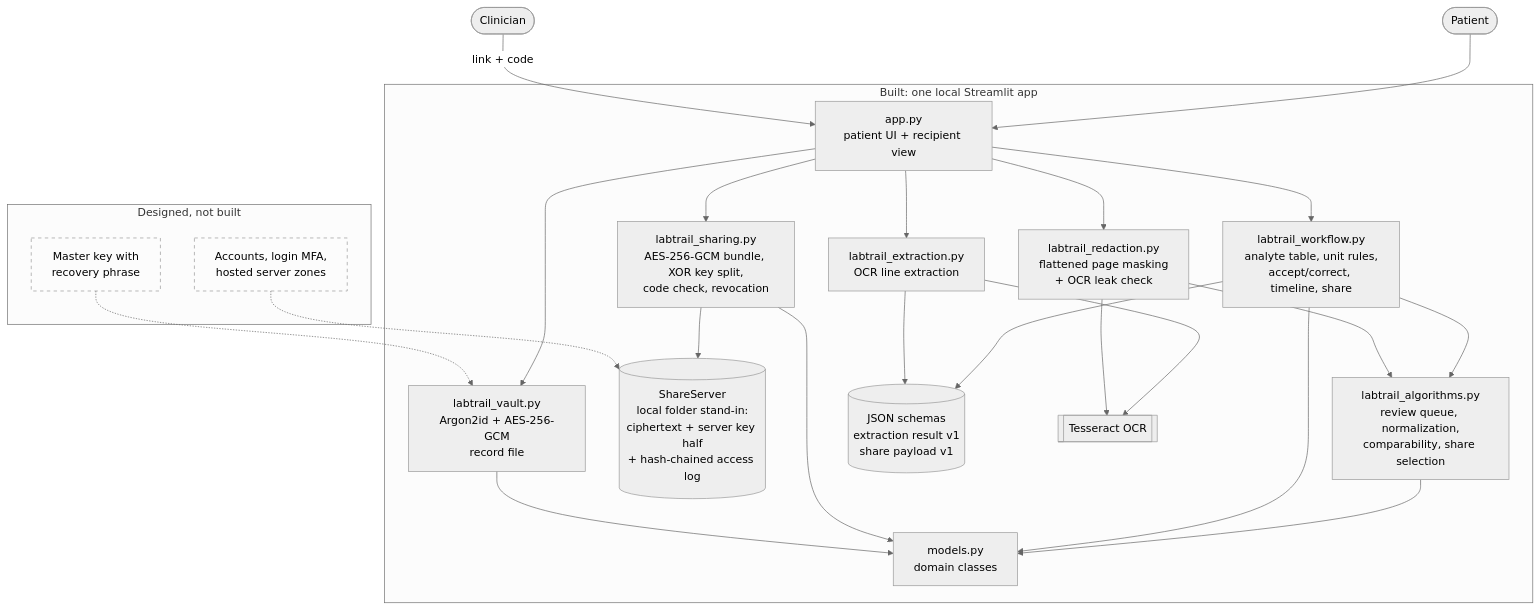
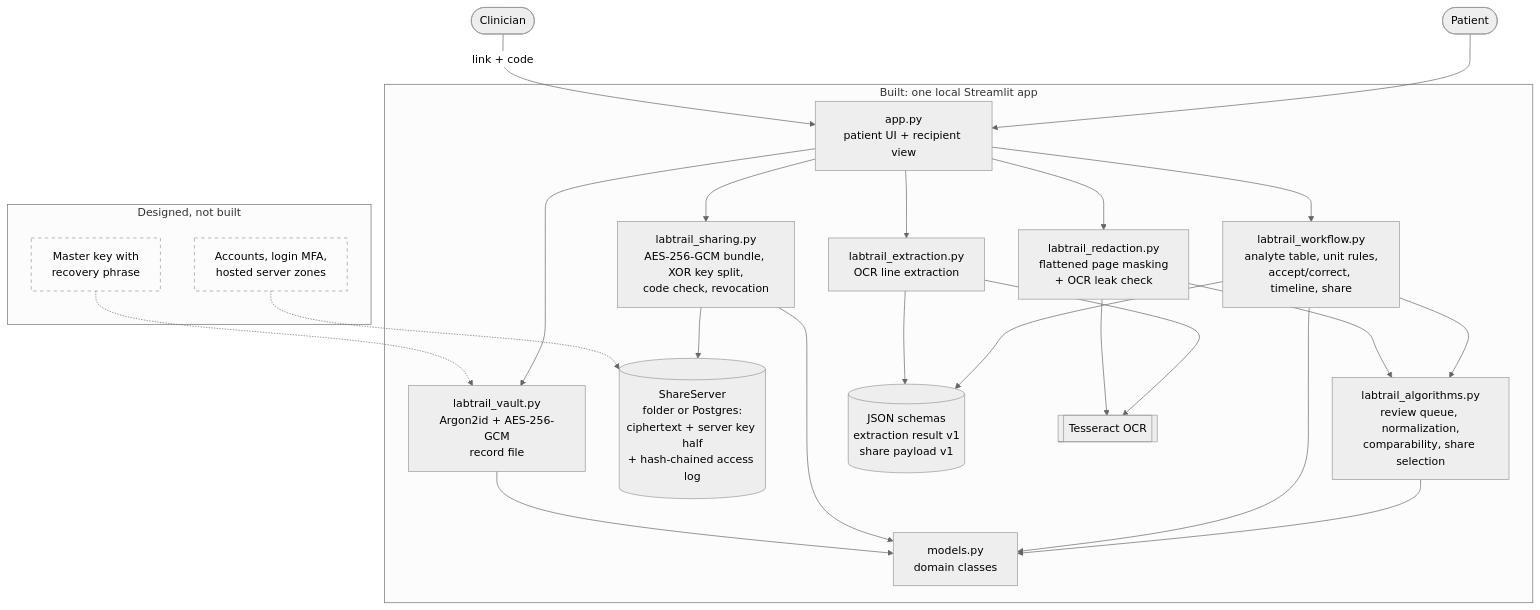
Before and after one commit to renee127/LabTrail: the first of 5 diagrams in docs/implementation.md, drawn with Mermaid (neutral theme). The commit also changed other lines of this file and 8 other files, not shown here.

````diff
--- a/docs/implementation.md
+++ b/docs/implementation.md
@@ -17,49 +17,49 @@
 ```mermaid
 flowchart TB
     patient([Patient])
     clinician([Clinician])
 
     subgraph built["Built: one local Streamlit app"]
         app["app.py<br/>patient UI + recipient view"]
         workflow["labtrail_workflow.py<br/>analyte table, unit rules,<br/>accept/correct, timeline, share"]
         extraction["labtrail_extraction.py<br/>OCR line extraction"]
         algorithms["labtrail_algorithms.py<br/>review queue, normalization,<br/>comparability, share selection"]
         redaction["labtrail_redaction.py<br/>flattened page masking<br/>+ OCR leak check"]
         sharing["labtrail_sharing.py<br/>AES-256-GCM bundle, XOR key split,<br/>code check, revocation"]
-        server[("ShareServer<br/>local folder stand-in:<br/>ciphertext + server key half<br/>+ hash-chained access log")]
+        server[("ShareServer<br/>folder or Postgres:<br/>ciphertext + server key half<br/>+ hash-chained access log")]
         vault["labtrail_vault.py<br/>Argon2id + AES-256-GCM<br/>record file"]
         models["models.py<br/>domain classes"]
         schemas[("JSON schemas<br/>extraction result v1<br/>share payload v1")]
         tesseract[["Tesseract OCR"]]
     end
 
     subgraph planned["Designed, not built"]
         gateway["Accounts, login MFA,<br/>hosted server zones"]
         recovery["Master key with<br/>recovery phrase"]
     end
 
     patient --> app
     clinician -- "link + code" --> app
     app --> workflow
     app --> extraction
     app --> redaction
     app --> sharing
     app --> vault
     sharing --> server
     workflow --> algorithms
     workflow --> schemas
     extraction --> tesseract
     extraction --> schemas
     redaction --> algorithms
     redaction --> tesseract
     algorithms --> models
     workflow --> models
     sharing --> models
     vault --> models
 
     gateway -.-> server
     recovery -.-> vault
 
     classDef plannedStyle stroke-dasharray: 5 5,fill:none
     class gateway,recovery plannedStyle
 ```
````
